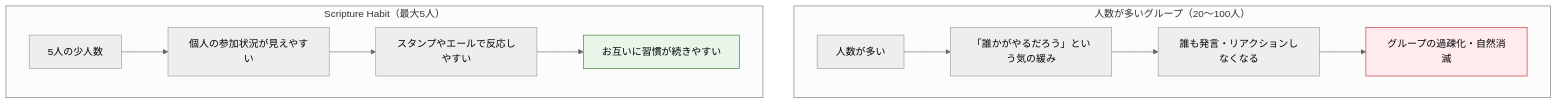
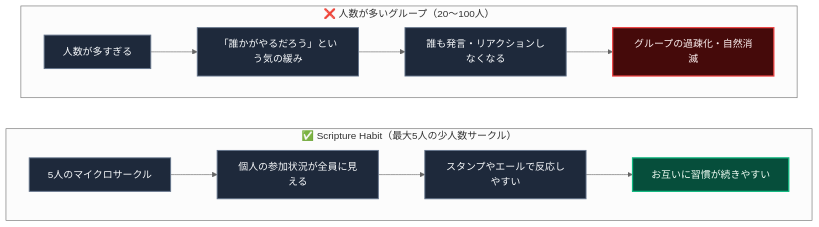
The first of 2 diagrams in docs/ja/ux-small-groups-and-peer-accountability.md (ScriptureHabit/scripture-habit), drawn with Mermaid (neutral theme) before and after one commit. The commit also changed other lines of this file and 9 other files, not shown here.

Commit message:
docs: optimize all wide Mermaid diagrams into readable vertical stacked layouts

````diff
--- a/docs/ja/ux-small-groups-and-peer-accountability.md
+++ b/docs/ja/ux-small-groups-and-peer-accountability.md
@@ -15,17 +15,20 @@
 ```mermaid
-graph TD
-    subgraph SG_Large["人数が多いグループ（20〜100人）"]
-        A1["人数が多い"] --> B1["「誰かがやるだろう」という気の緩み"]
-        B1 --> C1["誰も発言・リアクションしなくなる"]
-        C1 --> D1["グループの過疎化・自然消滅"]
+flowchart TD
+    classDef good fill:#064e3b,stroke:#10b981,stroke-width:2px,color:#f0fdf4;
+    classDef bad fill:#450a0a,stroke:#ef4444,stroke-width:2px,color:#fef2f2;
+    classDef step fill:#1e293b,stroke:#64748b,stroke-width:1.5px,color:#f8fafc;
+
+    subgraph SG_Large["❌ 人数が多いグループ（20〜100人）"]
+        A1["人数が多すぎる"]:::step --> B1["「誰かがやるだろう」という気の緩み"]:::step
+        B1 --> C1["誰も発言・リアクションしなくなる"]:::step
+        C1 --> D1["グループの過疎化・自然消滅"]:::bad
     end
 
-    subgraph SG_Habit["Scripture Habit（最大5人）"]
-        A2["5人の少人数"] --> B2["個人の参加状況が見えやすい"]
-        B2 --> C2["スタンプやエールで反応しやすい"]
-        C2 --> D2["お互いに習慣が続きやすい"]
+    subgraph SG_Habit["✅ Scripture Habit（最大5人の少人数サークル）"]
+        A2["5人のマイクロサークル"]:::step --> B2["個人の参加状況が全員に見える"]:::step
+        B2 --> C2["スタンプやエールで反応しやすい"]:::step
+        C2 --> D2["お互いに習慣が続きやすい"]:::good
     end
 
-    style D1 fill:#ffebee,stroke:#c62828,stroke-width:1px
-    style D2 fill:#e8f5e9,stroke:#2e7d32,stroke-width:1px
+    SG_Large ~~~ SG_Habit
 ```
````
